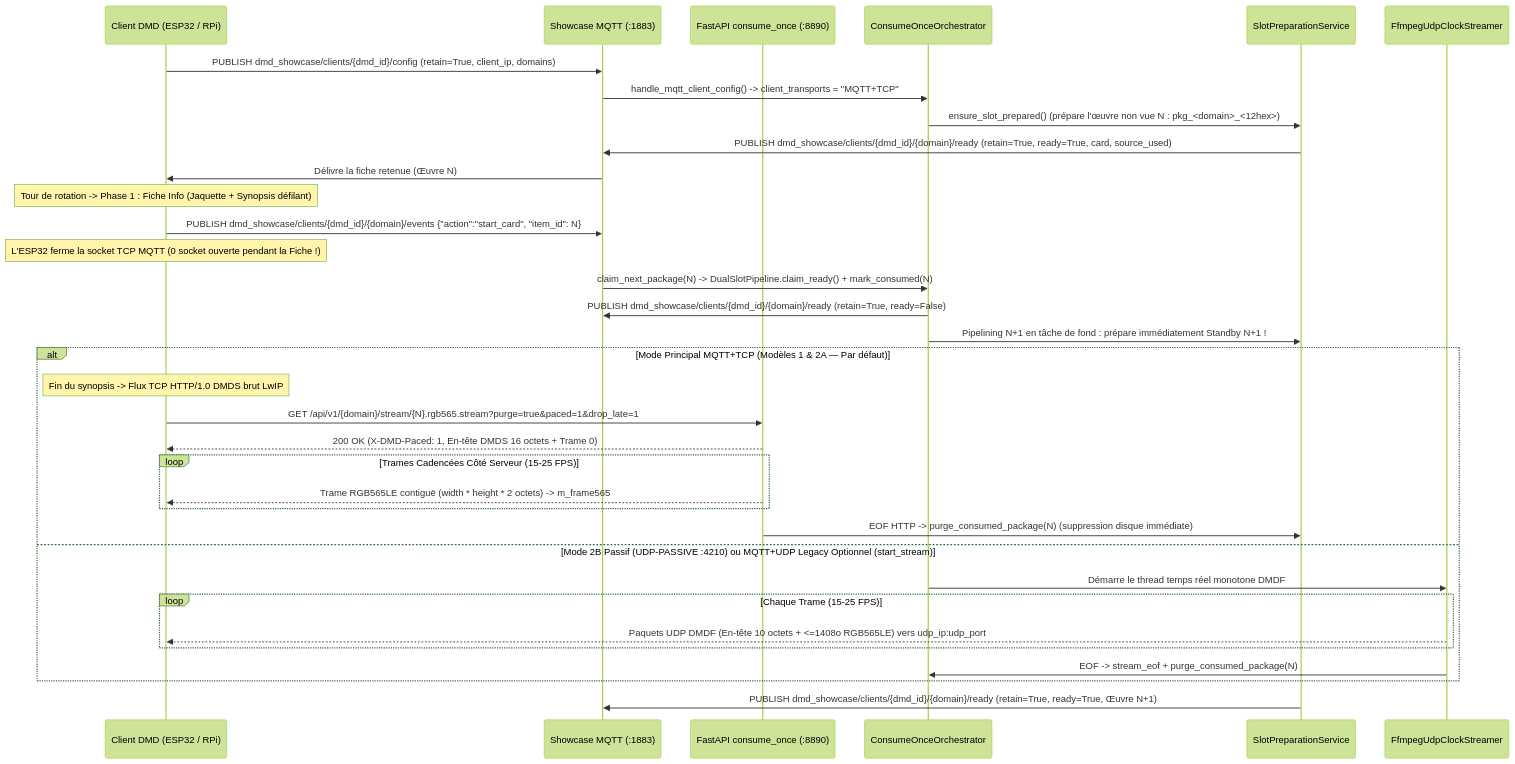
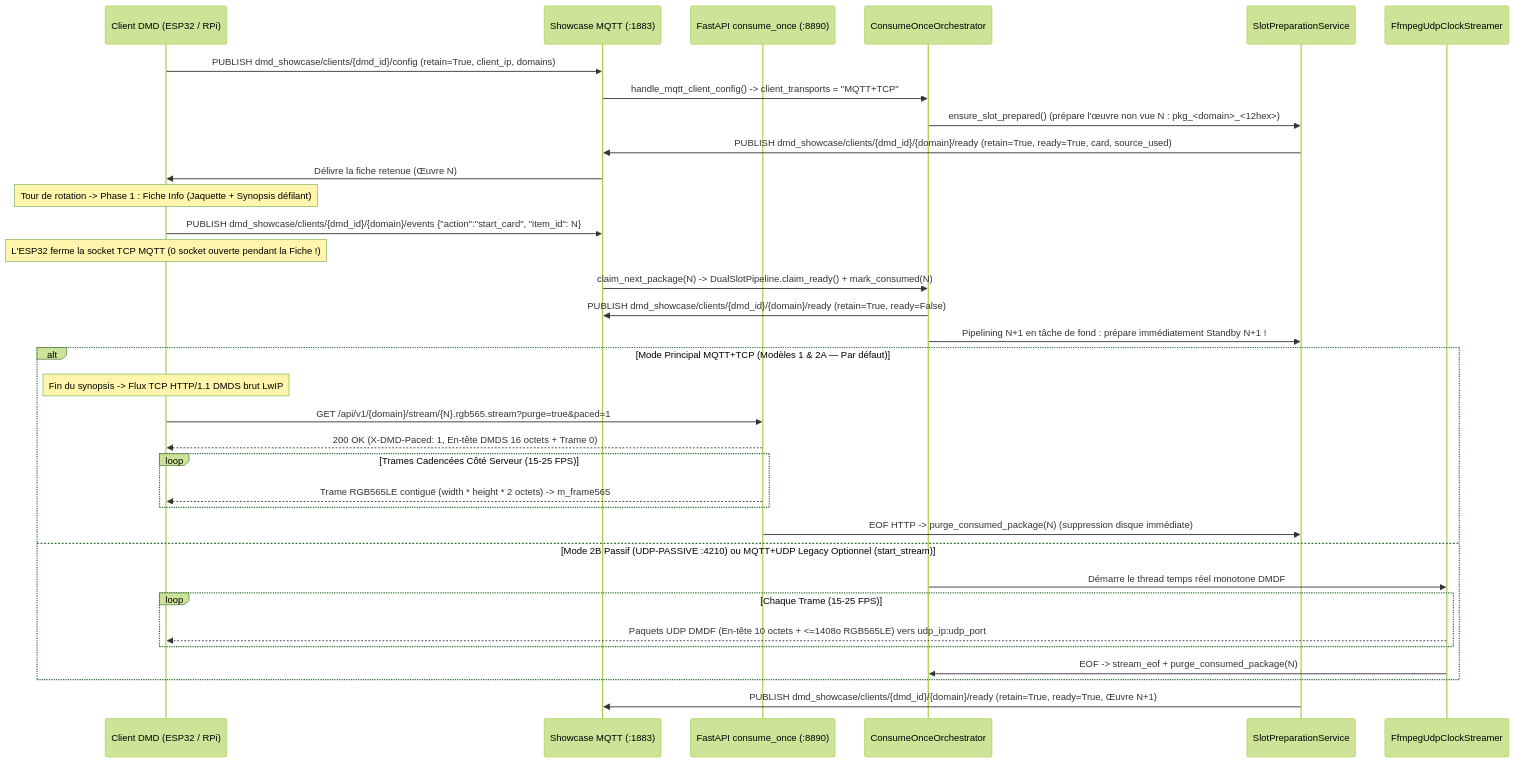
One commit to red77290/dmd_media_showcase changed the second of 2 diagrams in docs/ARCHITECTURE_FR.md. Above: the diagram before and after it, drawn with Mermaid (forest theme). The commit also changed other lines of this file and 15 other files, not shown here.

Commit message:
docs(esp32): align raw LwIP DMDS TCP examples with unchunked Content-Length (?purge=true&paced=1)

````diff
--- a/docs/ARCHITECTURE_FR.md
+++ b/docs/ARCHITECTURE_FR.md
@@ -145,39 +145,39 @@
 ```mermaid
 sequenceDiagram
     participant DMD as Client DMD (ESP32 / RPi)
     participant MQTT as Showcase MQTT (:1883)
     participant HTTP as FastAPI consume_once (:8890)
     participant ORCH as ConsumeOnceOrchestrator
     participant PREP as SlotPreparationService
     participant FFMPEG as FfmpegUdpClockStreamer
 
     DMD->>MQTT: PUBLISH dmd_showcase/clients/{dmd_id}/config (retain=True, client_ip, domains)
     MQTT->>ORCH: handle_mqtt_client_config() -> client_transports = "MQTT+TCP"
     ORCH->>PREP: ensure_slot_prepared() (prépare l'œuvre non vue N : pkg_<domain>_<12hex>)
     PREP->>MQTT: PUBLISH dmd_showcase/clients/{dmd_id}/{domain}/ready (retain=True, ready=True, card, source_used)
     MQTT->>DMD: Délivre la fiche retenue (Œuvre N)
 
     Note over DMD: Tour de rotation -> Phase 1 : Fiche Info (Jaquette + Synopsis défilant)
     DMD->>MQTT: PUBLISH dmd_showcase/clients/{dmd_id}/{domain}/events {"action":"start_card", "item_id": N}
     Note over DMD: L'ESP32 ferme la socket TCP MQTT (0 socket ouverte pendant la Fiche !)
     MQTT->>ORCH: claim_next_package(N) -> DualSlotPipeline.claim_ready() + mark_consumed(N)
     ORCH->>MQTT: PUBLISH dmd_showcase/clients/{dmd_id}/{domain}/ready (retain=True, ready=False)
     ORCH->>PREP: Pipelining N+1 en tâche de fond : prépare immédiatement Standby N+1 !
 
     alt Mode Principal MQTT+TCP (Modèles 1 & 2A — Par défaut)
-        Note over DMD: Fin du synopsis -> Flux TCP HTTP/1.0 DMDS brut LwIP
-        DMD->>HTTP: GET /api/v1/{domain}/stream/{N}.rgb565.stream?purge=true&paced=1&drop_late=1
+        Note over DMD: Fin du synopsis -> Flux TCP HTTP/1.1 DMDS brut LwIP
+        DMD->>HTTP: GET /api/v1/{domain}/stream/{N}.rgb565.stream?purge=true&paced=1
         HTTP-->>DMD: 200 OK (X-DMD-Paced: 1, En-tête DMDS 16 octets + Trame 0)
         loop Trames Cadencées Côté Serveur (15-25 FPS)
             HTTP-->>DMD: Trame RGB565LE contiguë (width * height * 2 octets) -> m_frame565
         end
         HTTP->>PREP: EOF HTTP -> purge_consumed_package(N) (suppression disque immédiate)
     else Mode 2B Passif (UDP-PASSIVE :4210) ou MQTT+UDP Legacy Optionnel (start_stream)
         ORCH->>FFMPEG: Démarre le thread temps réel monotone DMDF
         loop Chaque Trame (15-25 FPS)
             FFMPEG-->>DMD: Paquets UDP DMDF (En-tête 10 octets + <=1408o RGB565LE) vers udp_ip:udp_port
         end
         FFMPEG->>ORCH: EOF -> stream_eof + purge_consumed_package(N)
     end
     PREP->>MQTT: PUBLISH dmd_showcase/clients/{dmd_id}/{domain}/ready (retain=True, ready=True, Œuvre N+1)
 ```
````
